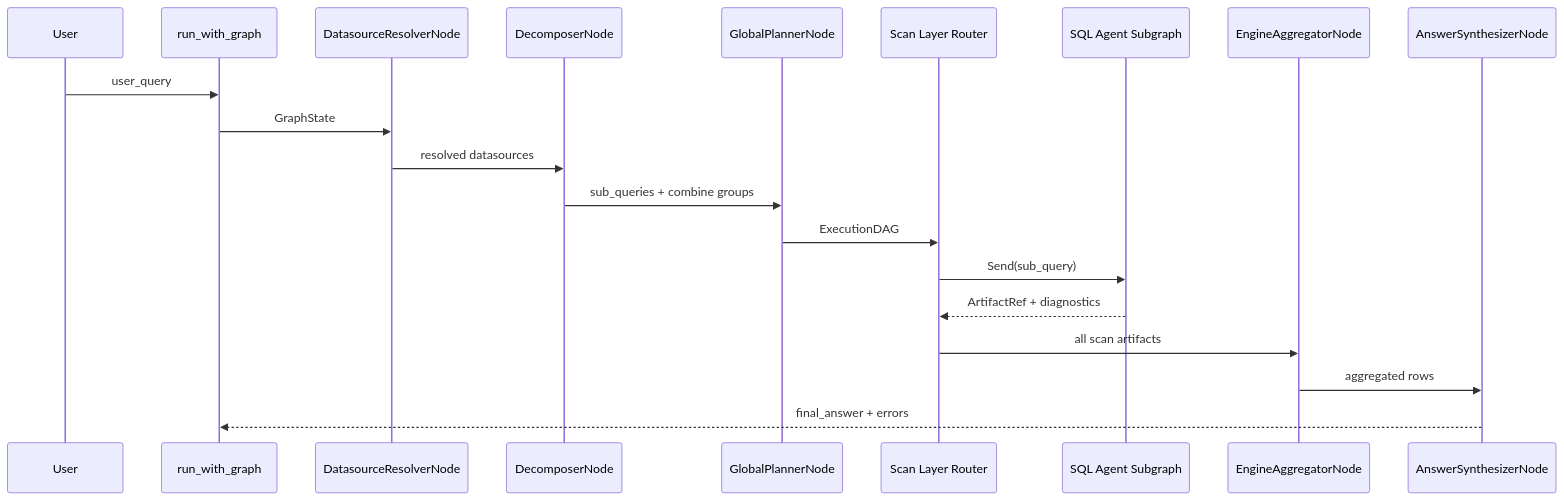
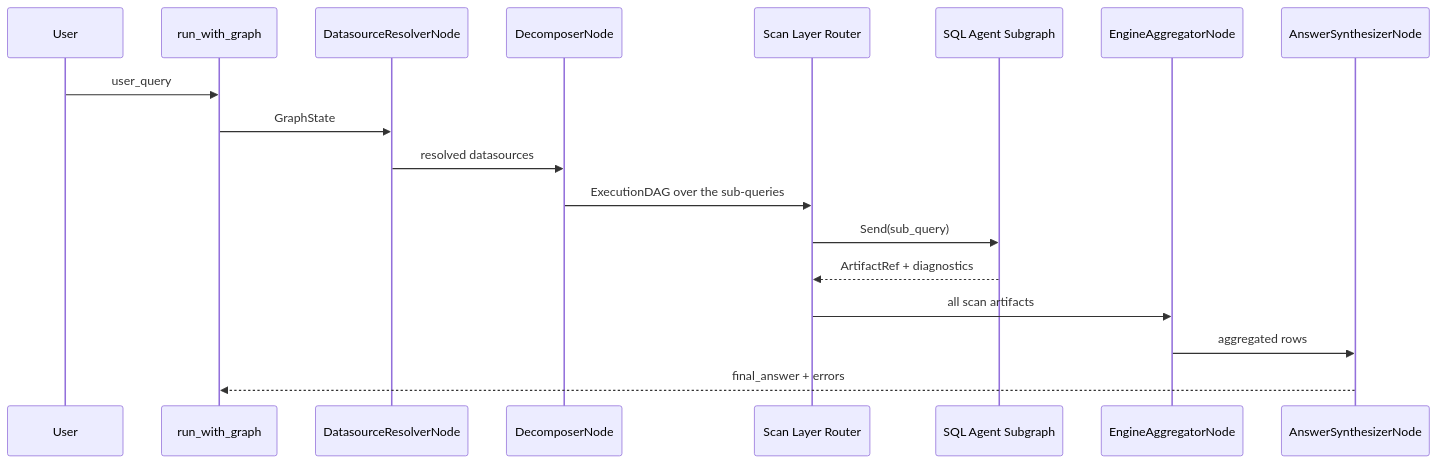
One commit to nadeem4/nl2sql changed the third of 3 diagrams in docs/architecture/overview.md. Above: the diagram before and after it, drawn with Mermaid. The commit also changed other lines of this file and 40 other files, not shown here.

````diff
--- a/docs/architecture/overview.md
+++ b/docs/architecture/overview.md
@@ -75,23 +74,21 @@
 ```mermaid
 sequenceDiagram
     participant User as User
     participant Runtime as run_with_graph
     participant Resolver as DatasourceResolverNode
     participant Decomposer as DecomposerNode
-    participant Planner as GlobalPlannerNode
     participant Router as Scan Layer Router
     participant Subgraph as SQL Agent Subgraph
     participant Agg as EngineAggregatorNode
     participant Synth as AnswerSynthesizerNode
 
     User->>Runtime: user_query
     Runtime->>Resolver: GraphState
     Resolver->>Decomposer: resolved datasources
-    Decomposer->>Planner: sub_queries + combine groups
-    Planner->>Router: ExecutionDAG
+    Decomposer->>Router: ExecutionDAG over the sub-queries
     Router->>Subgraph: Send(sub_query)
     Subgraph-->>Router: ArtifactRef + diagnostics
     Router->>Agg: all scan artifacts
     Agg->>Synth: aggregated rows
     Synth-->>Runtime: final_answer + errors
 ```
````
